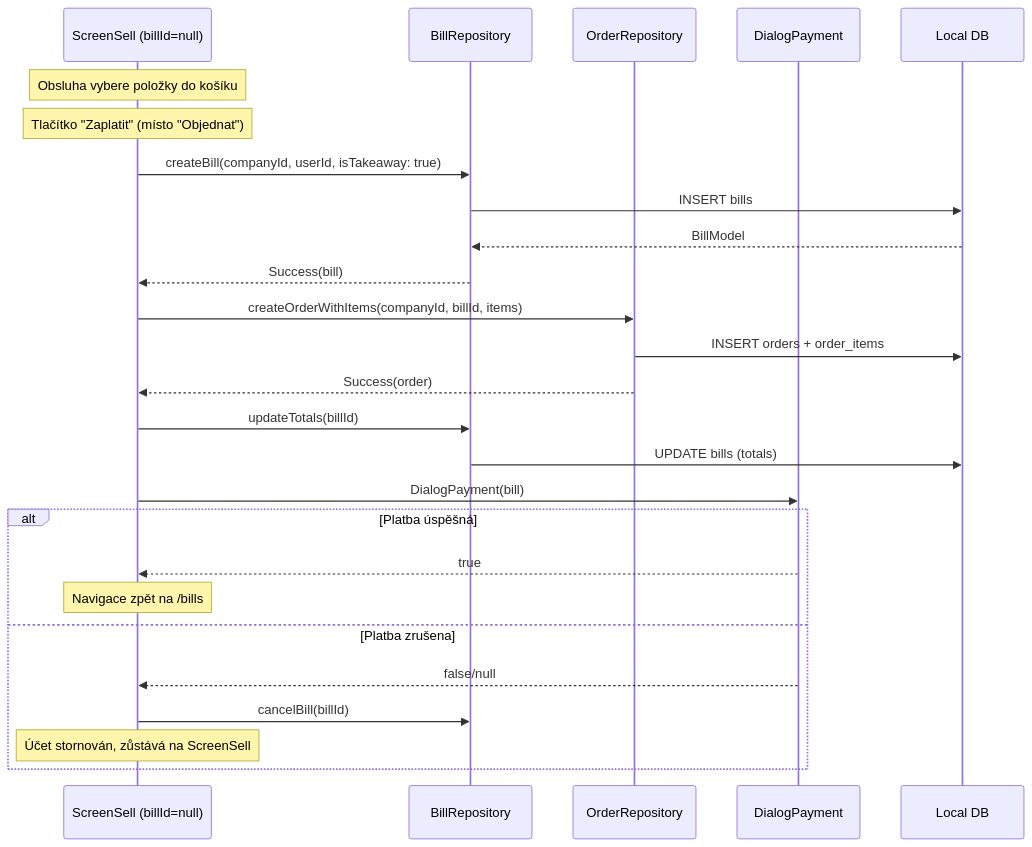
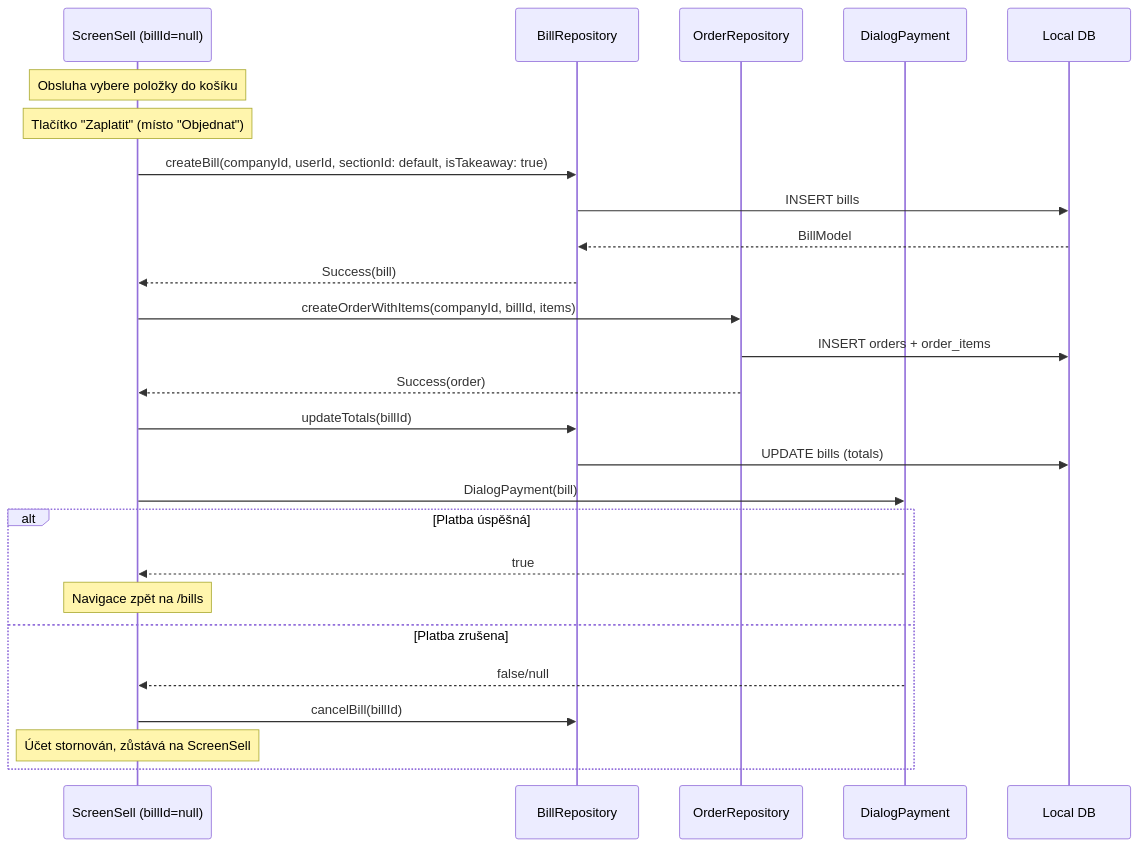
Before and after one commit to Tomakas/deskpos: the seventh of 12 diagrams in PROJECT.md, drawn with Mermaid. The commit also changed other lines of this file and 13 other files, not shown here.

````diff
--- a/PROJECT.md
+++ b/PROJECT.md
@@ -1040,33 +1040,33 @@
 ```mermaid
 sequenceDiagram
     participant UI as ScreenSell (billId=null)
     participant BR as BillRepository
     participant OR as OrderRepository
     participant PAY as DialogPayment
     participant DB as Local DB
 
     Note over UI: Obsluha vybere položky do košíku
     Note over UI: Tlačítko "Zaplatit" (místo "Objednat")
 
-    UI->>BR: createBill(companyId, userId, isTakeaway: true)
+    UI->>BR: createBill(companyId, userId, sectionId: default, isTakeaway: true)
     BR->>DB: INSERT bills
     DB-->>BR: BillModel
     BR-->>UI: Success(bill)
 
     UI->>OR: createOrderWithItems(companyId, billId, items)
     OR->>DB: INSERT orders + order_items
     OR-->>UI: Success(order)
 
     UI->>BR: updateTotals(billId)
     BR->>DB: UPDATE bills (totals)
 
     UI->>PAY: DialogPayment(bill)
     alt Platba úspěšná
         PAY-->>UI: true
         Note over UI: Navigace zpět na /bills
     else Platba zrušena
         PAY-->>UI: false/null
         UI->>BR: cancelBill(billId)
         Note over UI: Účet stornován, zůstává na ScreenSell
     end
 ```
````
